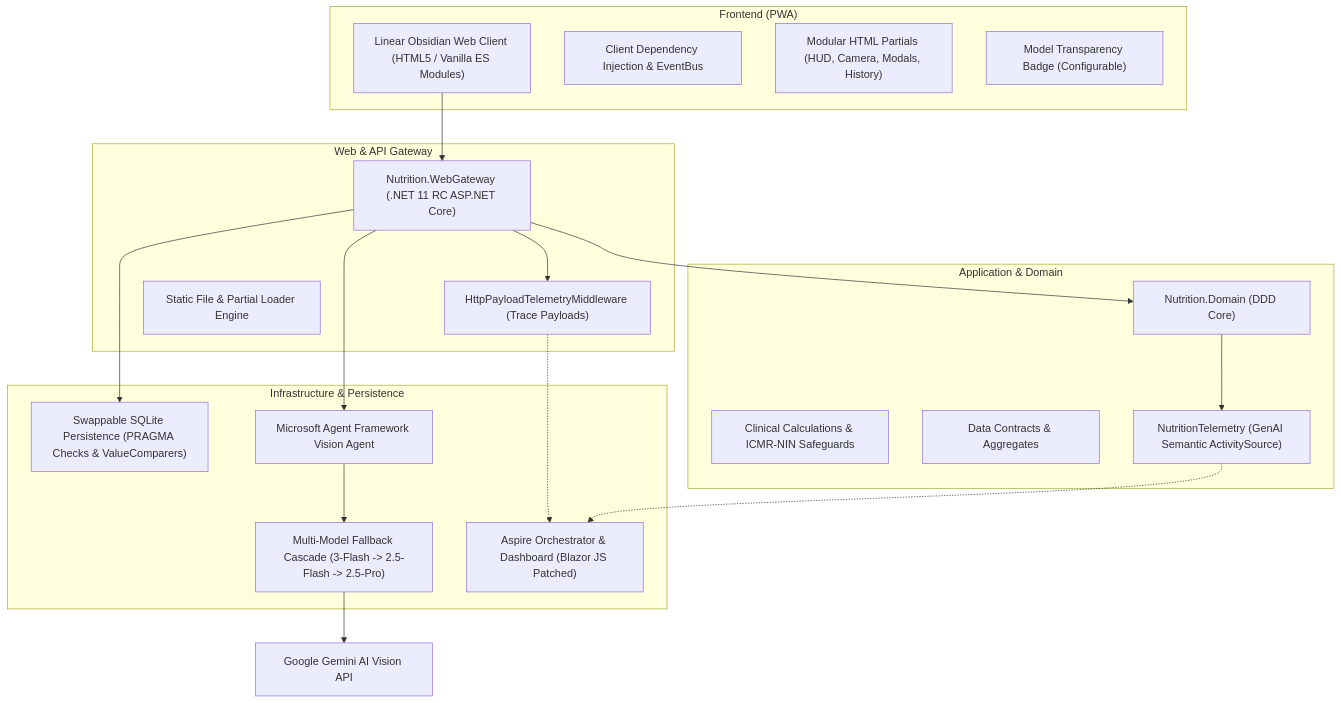
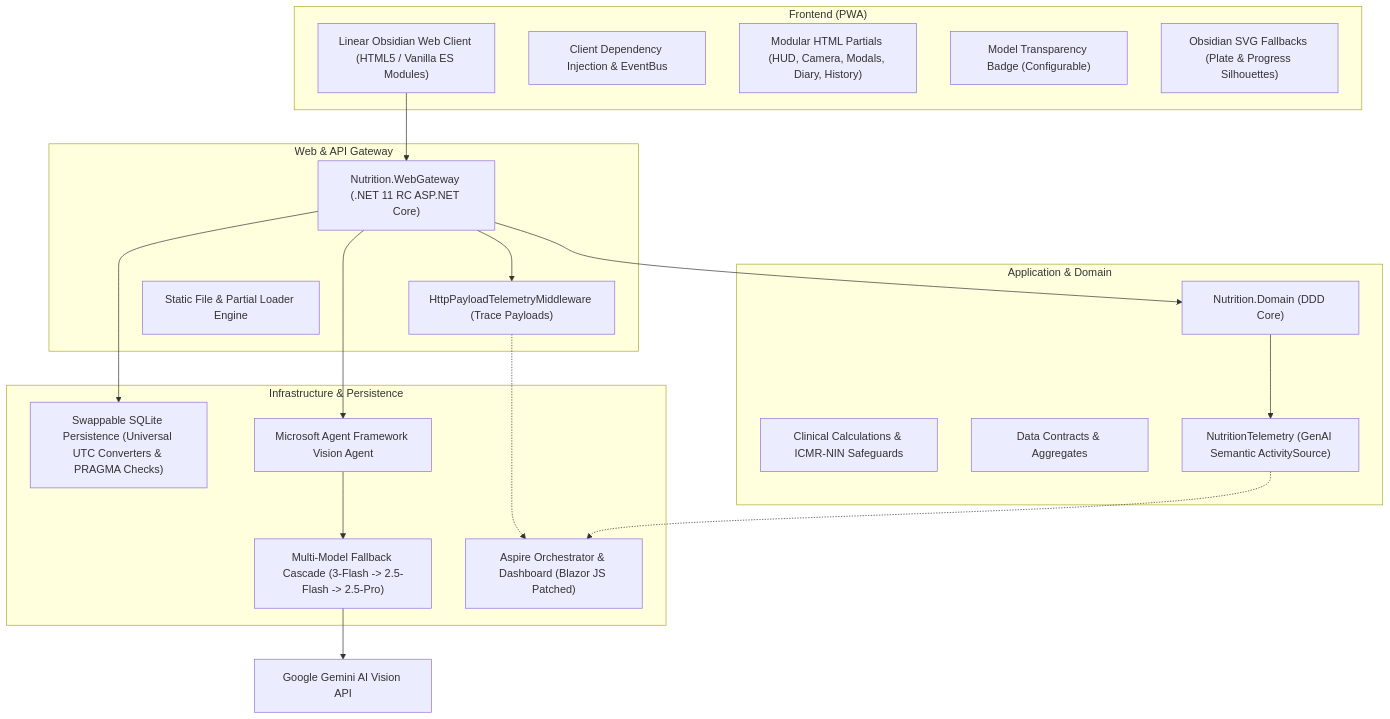
One commit to nikunjbanker/diet-dost changed the diagram in README.md. Above: the diagram before and after it, drawn with Mermaid. The commit also changed other lines of this file and 29 other files, not shown here.

````diff
--- a/README.md
+++ b/README.md
@@ -35,40 +40,41 @@
 ```mermaid
 graph TD
     subgraph Client ["Frontend (PWA)"]
         UI["Linear Obsidian Web Client (HTML5 / Vanilla ES Modules)"]
         DI["Client Dependency Injection & EventBus"]
-        Partials["Modular HTML Partials (HUD, Camera, Modals, History)"]
+        Partials["Modular HTML Partials (HUD, Camera, Modals, Diary, History)"]
         Badge["Model Transparency Badge (Configurable)"]
+        Assets["Obsidian SVG Fallbacks (Plate & Progress Silhouettes)"]
     end
 
     subgraph Gateway ["Web & API Gateway"]
         WebGateway["Nutrition.WebGateway (.NET 11 RC ASP.NET Core)"]
         MW["HttpPayloadTelemetryMiddleware (Trace Payloads)"]
         StaticFileServer["Static File & Partial Loader Engine"]
     end
 
     subgraph Core ["Application & Domain"]
         Domain["Nutrition.Domain (DDD Core)"]
         Clinical["Clinical Calculations & ICMR-NIN Safeguards"]
         Contracts["Data Contracts & Aggregates"]
         Telemetry["NutritionTelemetry (GenAI Semantic ActivitySource)"]
     end
 
     subgraph Infra ["Infrastructure & Persistence"]
-        SQLite["Swappable SQLite Persistence (PRAGMA Checks & ValueComparers)"]
+        SQLite["Swappable SQLite Persistence (Universal UTC Converters & PRAGMA Checks)"]
         AgentVision["Microsoft Agent Framework Vision Agent"]
         Cascade["Multi-Model Fallback Cascade (3-Flash -> 2.5-Flash -> 2.5-Pro)"]
         Aspire["Aspire Orchestrator & Dashboard (Blazor JS Patched)"]
     end
 
     UI --> WebGateway
     WebGateway --> MW
     WebGateway --> Domain
     WebGateway --> SQLite
     WebGateway --> AgentVision
     AgentVision --> Cascade
     Cascade --> GoogleGemini["Google Gemini AI Vision API"]
     Domain --> Telemetry
     Telemetry -.-> Aspire
     MW -.-> Aspire
 ```
````
